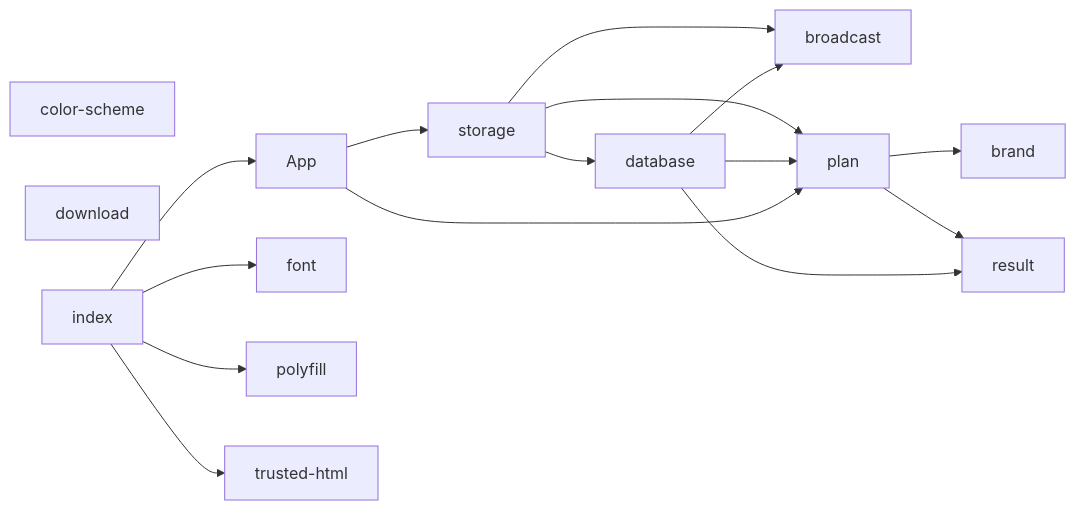
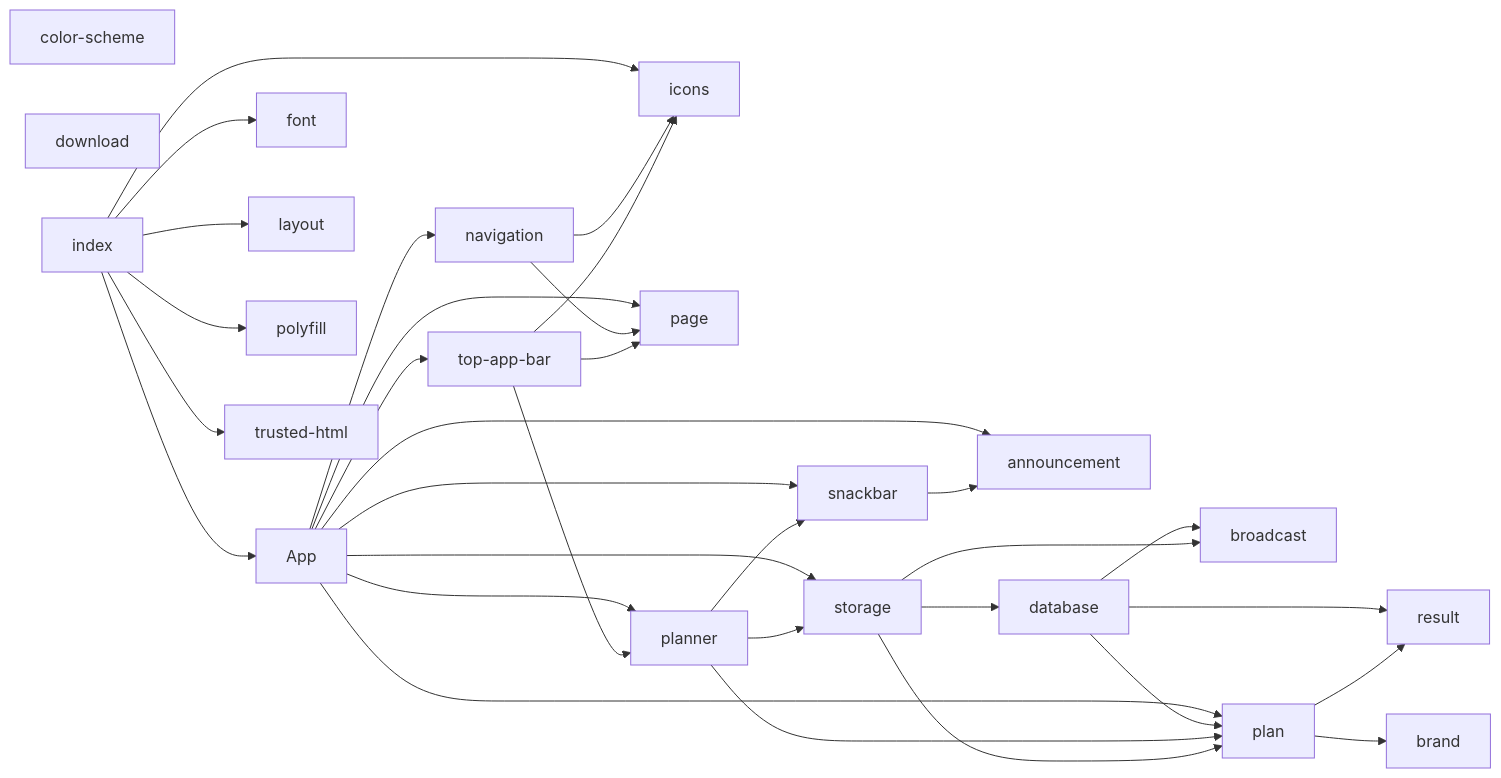
One commit to SantaClaas/week-budget-planner changed the diagram in docs/MODULES.md. Above: the diagram before and after it, drawn with Mermaid. The commit also changed 36 other files, not shown here.

First line of the commit message:
Add the app shell: navigation, pages, saving, undo and the snackbar

````diff
--- a/docs/MODULES.md
+++ b/docs/MODULES.md
@@ -9,30 +9,55 @@
 ```mermaid
 flowchart LR
   module_App["App"]
+  module_announcement["announcement"]
   module_brand["brand"]
   module_broadcast["broadcast"]
   module_color_scheme["color-scheme"]
   module_database["database"]
   module_download["download"]
   module_font["font"]
+  module_icons["icons"]
   module_index["index"]
+  module_layout["layout"]
+  module_navigation["navigation"]
+  module_page["page"]
   module_plan["plan"]
+  module_planner["planner"]
   module_polyfill["polyfill"]
   module_result["result"]
+  module_snackbar["snackbar"]
   module_storage["storage"]
+  module_top_app_bar["top-app-bar"]
   module_trusted_html["trusted-html"]
+  module_App --> module_announcement
+  module_App --> module_navigation
+  module_App --> module_page
   module_App --> module_plan
+  module_App --> module_planner
+  module_App --> module_snackbar
   module_App --> module_storage
+  module_App --> module_top_app_bar
   module_database --> module_broadcast
   module_database --> module_plan
   module_database --> module_result
   module_index --> module_App
   module_index --> module_font
+  module_index --> module_icons
+  module_index --> module_layout
   module_index --> module_polyfill
   module_index --> module_trusted_html
+  module_navigation --> module_icons
+  module_navigation --> module_page
   module_plan --> module_brand
   module_plan --> module_result
+  module_planner --> module_plan
+  module_planner --> module_snackbar
+  module_planner --> module_storage
+  module_snackbar --> module_announcement
   module_storage --> module_broadcast
   module_storage --> module_database
   module_storage --> module_plan
+  module_top_app_bar --> module_icons
+  module_top_app_bar --> module_page
+  module_top_app_bar --> module_planner
 ```
````
